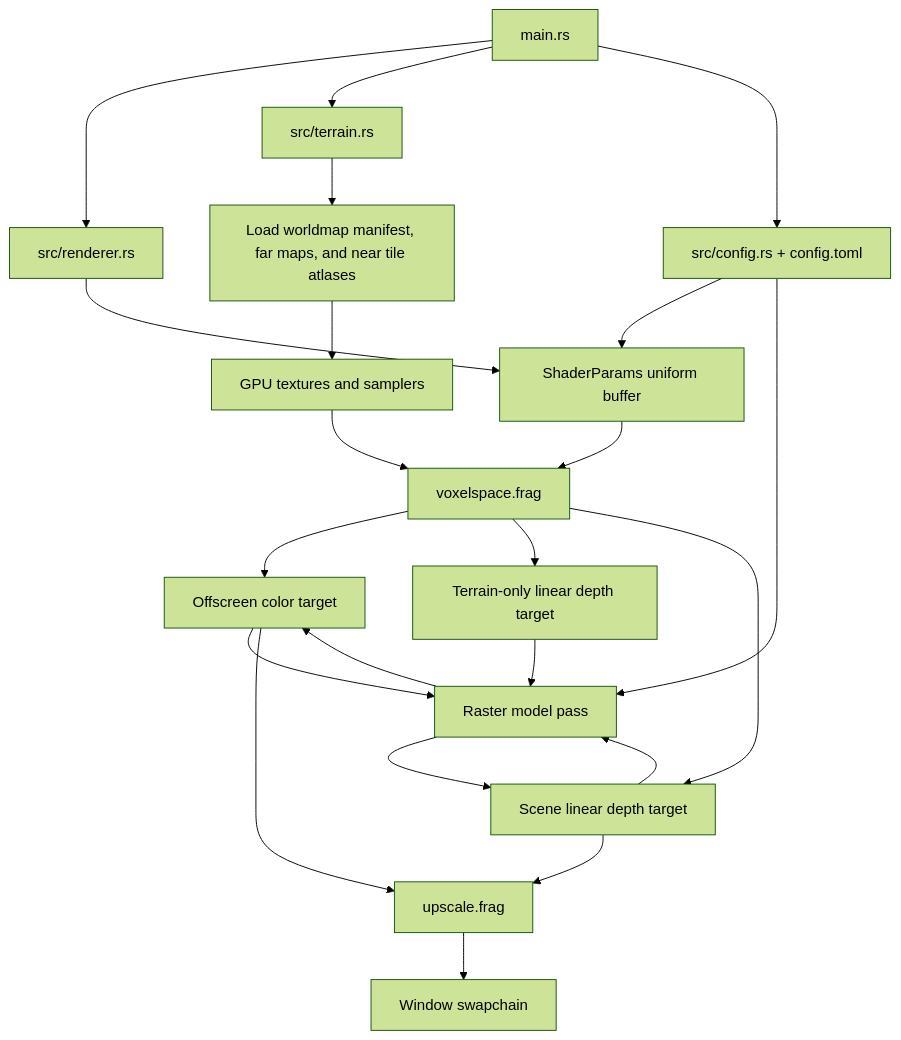
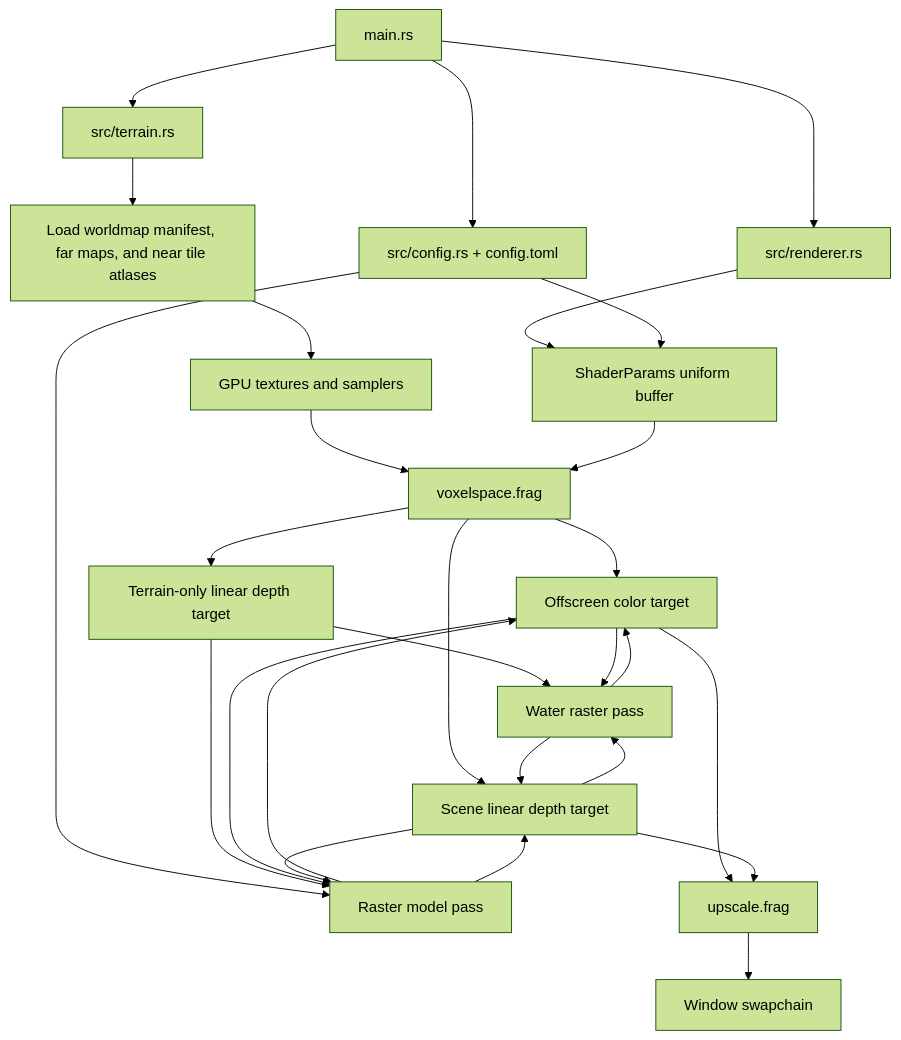
The diagram in docs/terrain-renderer.md (lfdwm/tungsten), drawn with Mermaid (forest theme) before and after one commit. The commit also changed other lines of this file and 12 other files, not shown here.

````diff
--- a/docs/terrain-renderer.md
+++ b/docs/terrain-renderer.md
@@ -18,24 +18,29 @@
 ```mermaid
 flowchart TD
     CPU[main.rs] --> Renderer[src/renderer.rs]
     CPU --> Terrain[src/terrain.rs]
     Terrain --> LoadMaps[Load worldmap manifest, far maps, and near tile atlases]
     LoadMaps --> GPUTextures[GPU textures and samplers]
     CPU --> Config[src/config.rs + config.toml]
     Renderer --> Uniforms[ShaderParams uniform buffer]
     Config --> Uniforms
     GPUTextures --> TerrainShader[voxelspace.frag]
     Uniforms --> TerrainShader
     TerrainShader --> LowResColor[Offscreen color target]
     TerrainShader --> TerrainDepth[Terrain-only linear depth target]
     TerrainShader --> SceneDepth[Scene linear depth target]
+    TerrainDepth --> Water[Water raster pass]
+    LowResColor --> Water
+    SceneDepth --> Water
+    Water --> LowResColor
+    Water --> SceneDepth
     Config --> RasterModel[Raster model pass]
     TerrainDepth --> RasterModel
     LowResColor --> RasterModel
     SceneDepth --> RasterModel
     RasterModel --> LowResColor
     RasterModel --> SceneDepth
     LowResColor --> Upscale[upscale.frag]
     SceneDepth --> Upscale
     Upscale --> Swapchain[Window swapchain]
 ```
````
